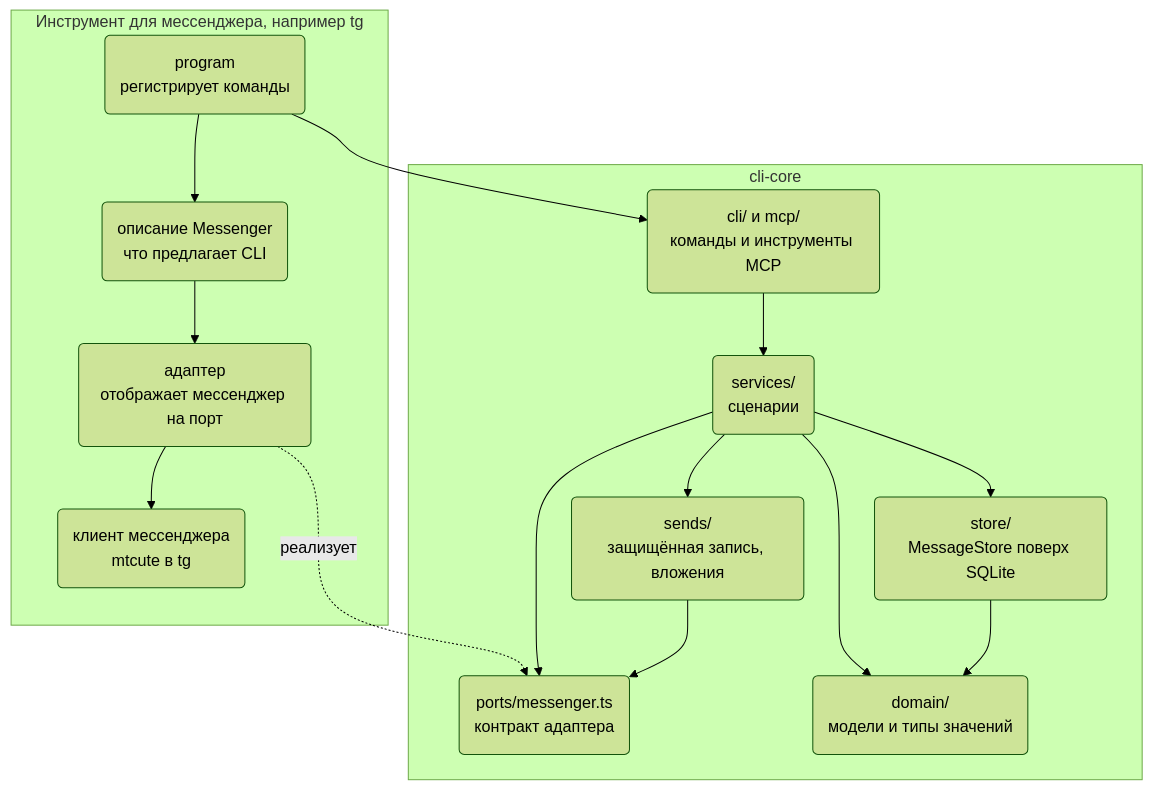
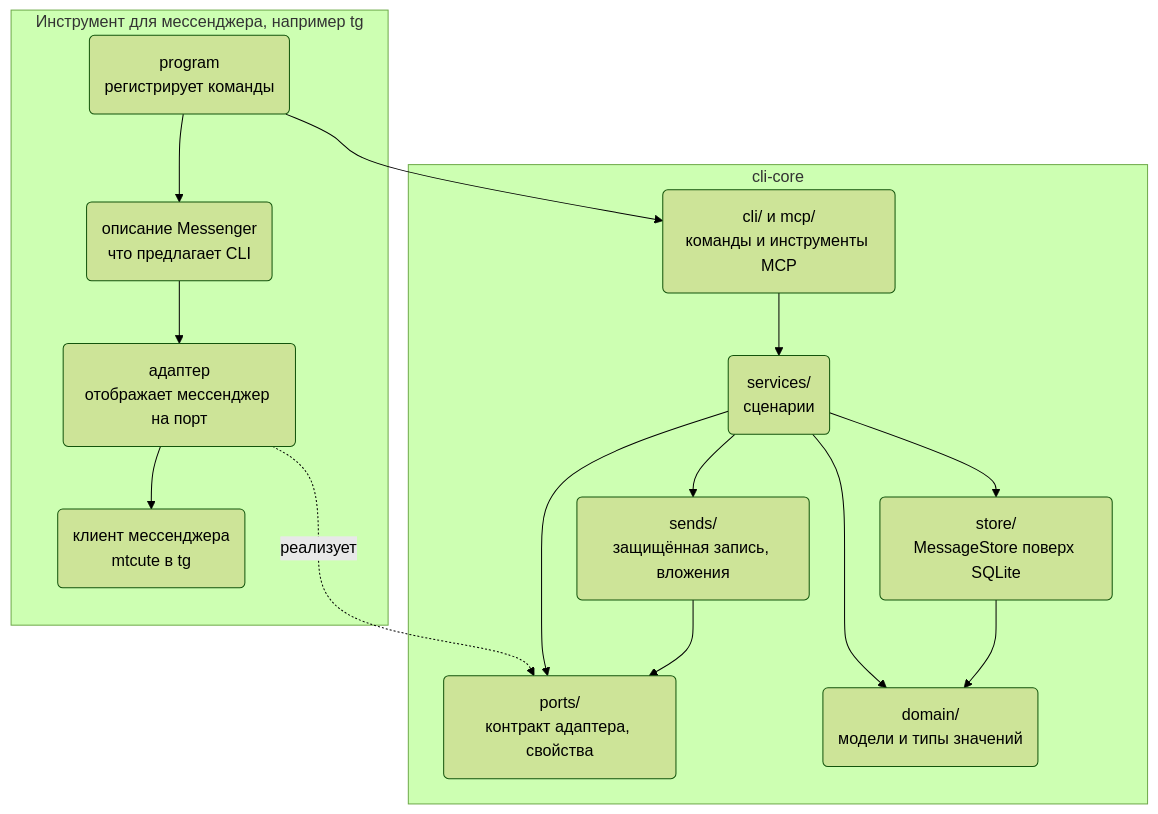
The second of 5 diagrams in content/docs/code-design.ru.mdx (WireCatLabs/cli-docs), drawn with Mermaid (forest theme) before and after one commit. The commit also changed other lines of this file and 2 other files, not shown here.

First line of the commit message:
docs(code-design): services see MessengerTraits and import nothing from cli/

````diff
--- a/content/docs/code-design.ru.mdx
+++ b/content/docs/code-design.ru.mdx
@@ -59,29 +59,29 @@
 ```mermaid Слои cli-core и то, как к ним подключается инструмент
 graph TB
   subgraph TOOL["Инструмент для мессенджера, например tg"]
     Program("program<br>регистрирует команды")
     Describe("описание Messenger<br>что предлагает CLI")
     Adapter("адаптер<br>отображает мессенджер на порт")
     Client("клиент мессенджера<br>mtcute в tg")
   end
   subgraph CORE["cli-core"]
     Cli("cli/ и mcp/<br>команды и инструменты MCP")
     Services("services/<br>сценарии")
     Sends("sends/<br>защищённая запись, вложения")
-    Port("ports/messenger.ts<br>контракт адаптера")
+    Port("ports/<br>контракт адаптера, свойства")
     Store("store/<br>MessageStore поверх SQLite")
     Domain("domain/<br>модели и типы значений")
   end
   Program --> Cli
   Program --> Describe
   Describe --> Adapter
   Adapter --> Client
   Adapter -.->|реализует| Port
   Cli --> Services
   Services --> Sends
   Services --> Port
   Services --> Store
   Sends --> Port
   Services --> Domain
   Store --> Domain
 ```
````
